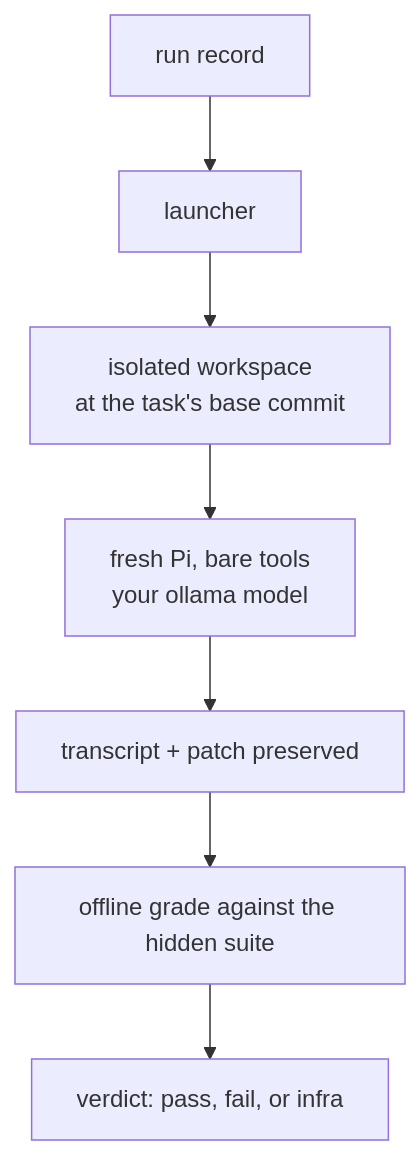
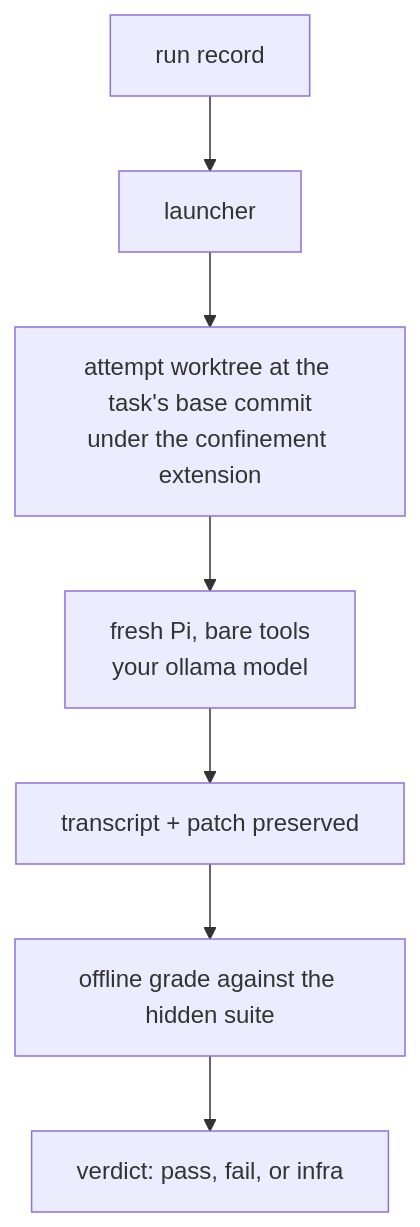
The fifth of 6 diagrams in docs/user-journey.md (pauleveritt/satyrn-evals), drawn with Mermaid before and after one commit. The commit also changed other lines of this file and 4 other files, not shown here.

First line of the commit message:
site: the remaining isolated-workspace wording follows the confinement harness

````diff
--- a/docs/user-journey.md
+++ b/docs/user-journey.md
@@ -330,9 +330,9 @@
 ```mermaid
 flowchart TB
   R[run record] --> L[launcher]
-  L --> W[isolated workspace<br/>at the task's base commit]
+  L --> W[attempt worktree at the task's base commit<br/>under the confinement extension]
   W --> P[fresh Pi, bare tools<br/>your ollama model]
   P --> E[transcript + patch preserved]
   E --> G[offline grade against the hidden suite]
   G --> V[verdict: pass, fail, or infra]
 ```
````
